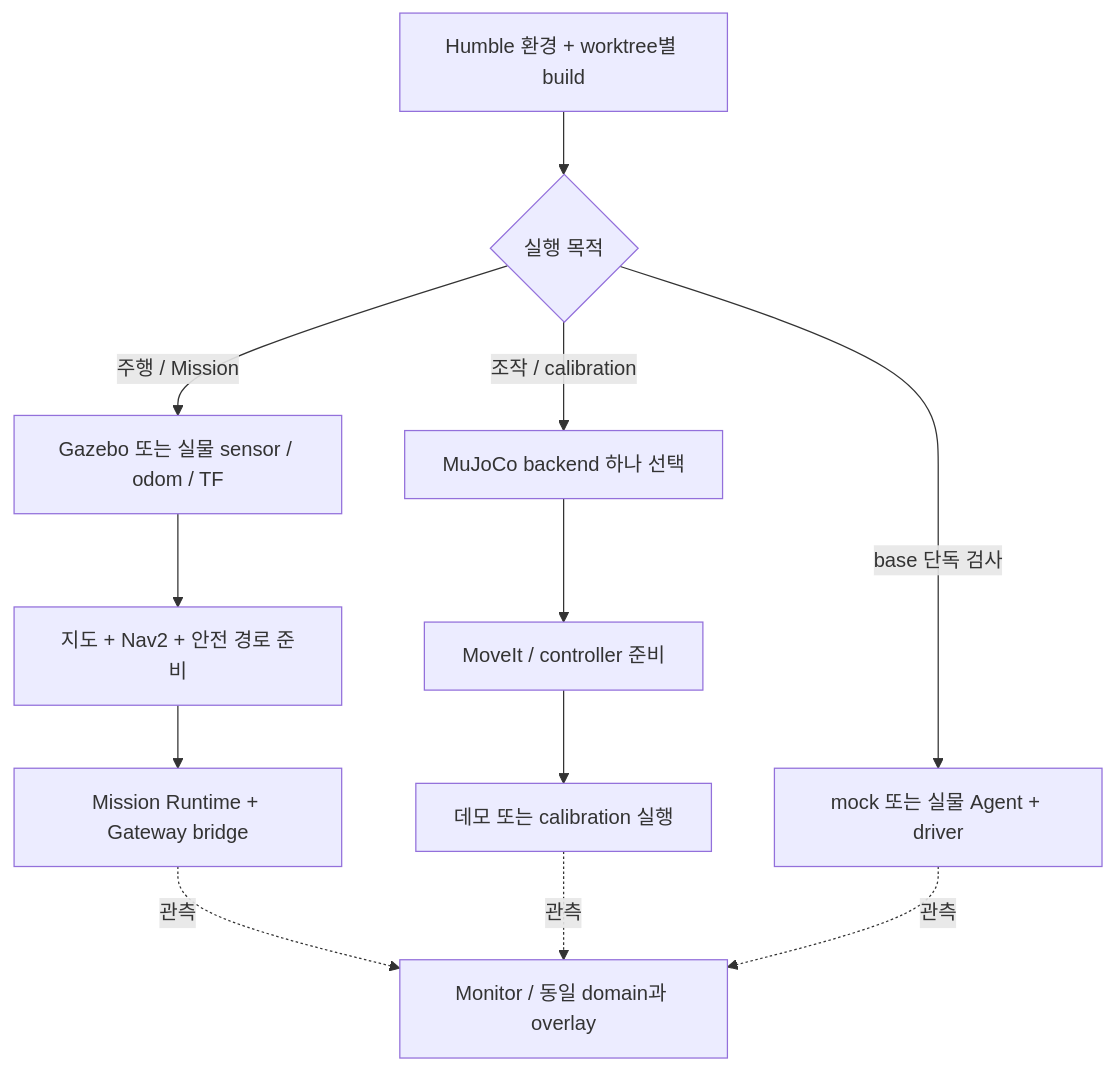
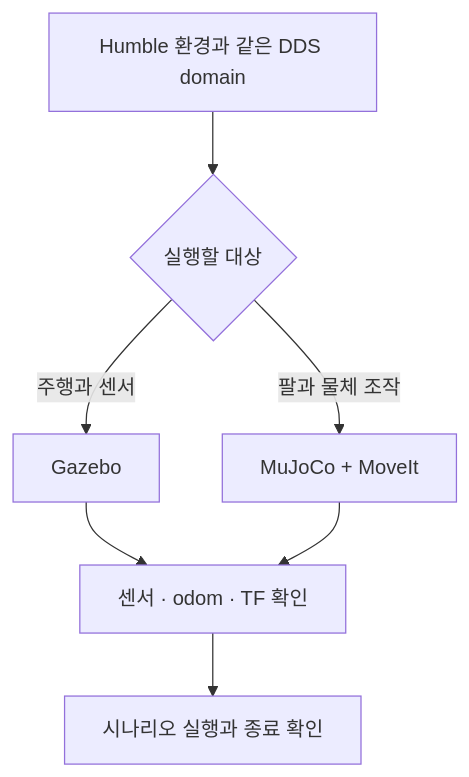
The diagram in docs/RUNNING.md (asm17-moving-agent/cleany), drawn with Mermaid before and after one commit. The commit also changed other lines of this file and 49 other files, not shown here.

````diff
--- a/docs/RUNNING.md
+++ b/docs/RUNNING.md
@@ -45,14 +5,9 @@
 ```mermaid
-flowchart TB
-    Env["Humble 환경 + worktree별 build"] --> Mode{"실행 목적"}
-    Mode -->|"주행 / Mission"| Sensors["Gazebo 또는 실물 sensor / odom / TF"]
-    Sensors --> Nav["지도 + Nav2 + 안전 경로 준비"]
-    Nav --> Mission["Mission Runtime + Gateway bridge"]
-    Mode -->|"조작 / calibration"| Mujoco["MuJoCo backend 하나 선택"]
-    Mujoco --> MoveIt["MoveIt / controller 준비"]
-    MoveIt --> Task["데모 또는 calibration 실행"]
-    Mode -->|"base 단독 검사"| Base["mock 또는 실물 Agent + driver"]
-    Mission -. "관측" .-> Monitor["Monitor / 동일 domain과 overlay"]
-    Task -. "관측" .-> Monitor
-    Base -. "관측" .-> Monitor
+flowchart TD
+  Env["Humble 환경과 같은 DDS domain"] --> Mode{"실행할 대상"}
+  Mode -->|"주행과 센서"| Gazebo["Gazebo"]
+  Mode -->|"팔과 물체 조작"| Mujoco["MuJoCo + MoveIt"]
+  Gazebo --> Observe["센서 · odom · TF 확인"]
+  Mujoco --> Observe
+  Observe --> Run["시나리오 실행과 종료 확인"]
 ```
````
